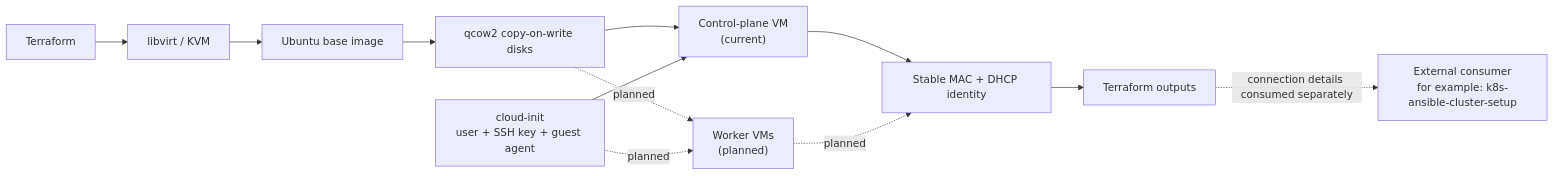
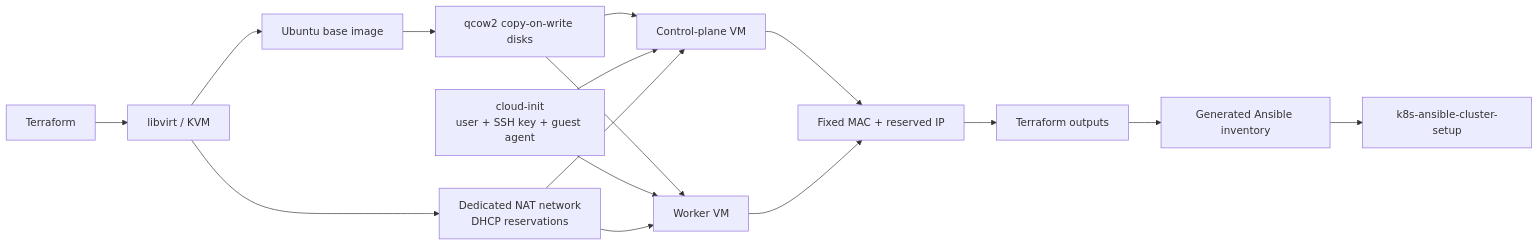
The diagram in README.md (edimatt/k8s-terraform-cluster-setup), drawn with Mermaid before and after one commit. The commit also changed other lines of this file and 4 other files, not shown here.

````diff
--- a/README.md
+++ b/README.md
@@ -59,14 +60,18 @@
 ```mermaid
 flowchart LR
     TF["Terraform"] --> LV["libvirt / KVM"]
+    LV --> NET["Dedicated NAT network<br/>DHCP reservations"]
     LV --> IMG["Ubuntu base image"]
     IMG --> DISKS["qcow2 copy-on-write disks"]
-    DISKS --> CP["Control-plane VM<br/>(current)"]
-    DISKS -. planned .-> WK["Worker VMs<br/>(planned)"]
+    DISKS --> CP["Control-plane VM"]
+    DISKS --> WK["Worker VM"]
     CI["cloud-init<br/>user + SSH key + guest agent"] --> CP
-    CI -. planned .-> WK
-    CP --> ID["Stable MAC + DHCP identity"]
-    WK -. planned .-> ID
+    CI --> WK
+    NET --> CP
+    NET --> WK
+    CP --> ID["Fixed MAC + reserved IP"]
+    WK --> ID
     ID --> OUT["Terraform outputs"]
-    OUT -. connection details consumed separately .-> EXT["External consumer<br/>for example: k8s-ansible-cluster-setup"]
+    OUT --> INV["Generated Ansible inventory"]
+    INV --> EXT["k8s-ansible-cluster-setup"]
 ```
````
